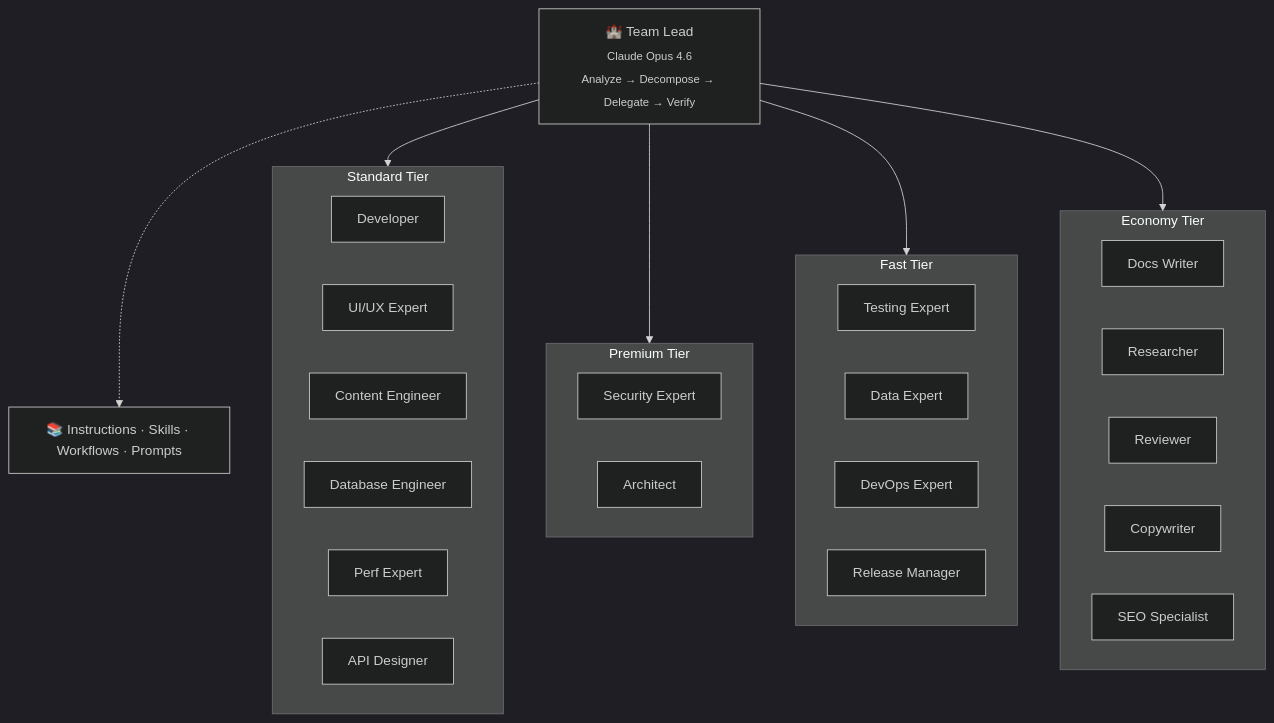
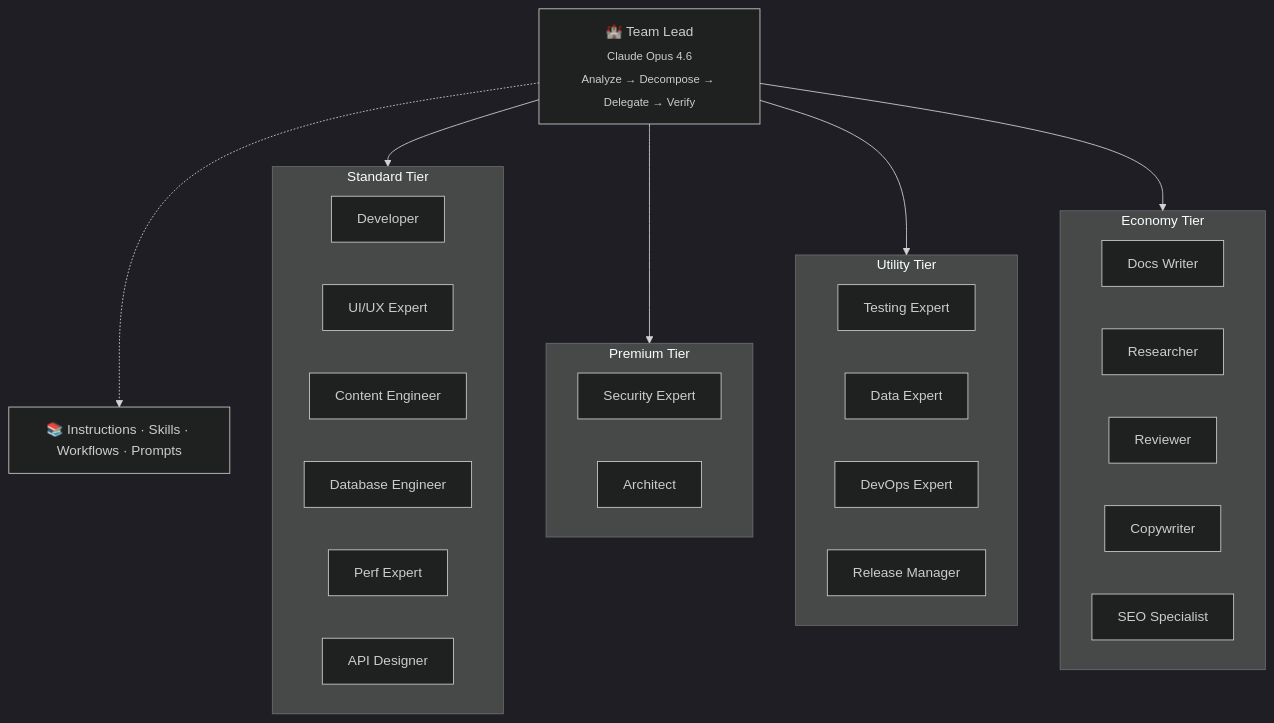
One commit to etylsarin/opencastle changed the diagram in README.md. Above: the diagram before and after it, drawn with Mermaid (dark theme). The commit also changed other lines of this file and 11 other files, not shown here.

````diff
--- a/README.md
+++ b/README.md
@@ -119,41 +119,41 @@
 ```mermaid
 graph TB
     TL["🏰 Team Lead<br/><sub>Claude Opus 4.6</sub><br/><sub>Analyze → Decompose → Delegate → Verify</sub>"]
 
     subgraph Standard["Standard Tier"]
         DEV[Developer]
         UI[UI/UX Expert]
         CE[Content Engineer]
         DB[Database Engineer]
         PERF[Perf Expert]
         API[API Designer]
     end
 
     subgraph Premium["Premium Tier"]
         SEC[Security Expert]
         ARCH[Architect]
     end
 
-    subgraph Fast["Fast Tier"]
+    subgraph Utility["Utility Tier"]
         TEST[Testing Expert]
         DATA[Data Expert]
         DEVOPS[DevOps Expert]
         RM[Release Manager]
     end
 
     subgraph Economy["Economy Tier"]
         DOCS[Docs Writer]
         RES[Researcher]
         REV[Reviewer]
         COPY[Copywriter]
         SEO[SEO Specialist]
     end
 
     TL --> Standard
     TL --> Premium
-    TL --> Fast
+    TL --> Utility
     TL --> Economy
 
     KB["📚 Instructions · Skills · Workflows · Prompts"]
     TL -.-> KB
 ```
````
